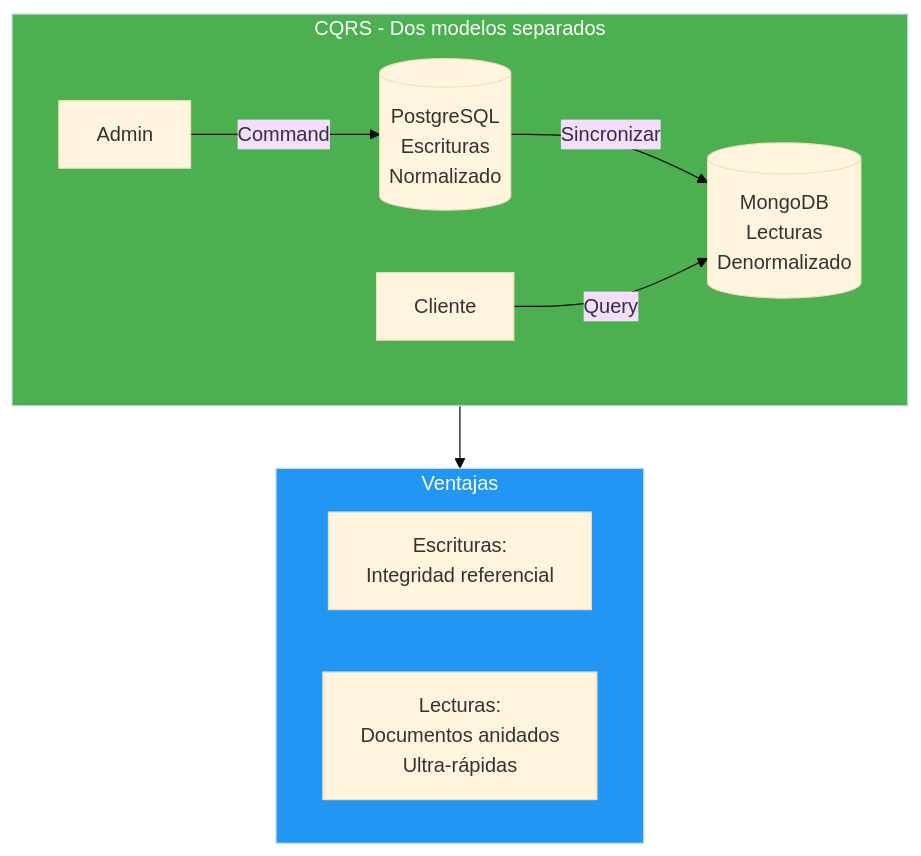
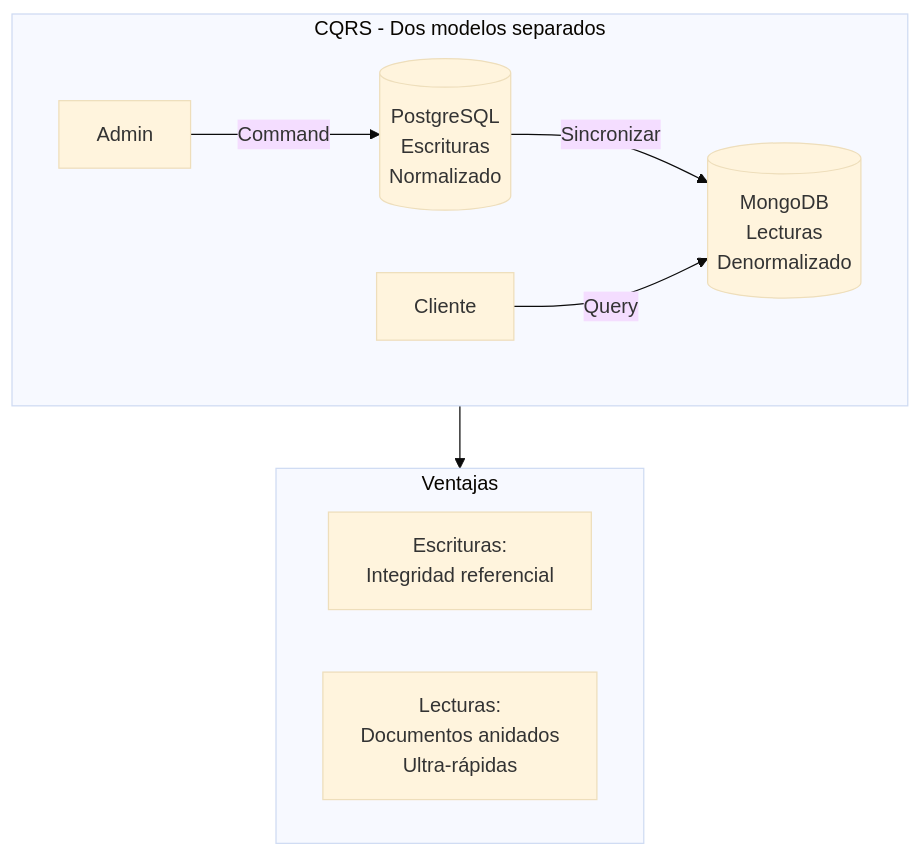
The fourth of 24 diagrams in 30-cqrs-mediator.md (joseluisgs/DesarrolloWebEntornosServidor-02-2026-2027), drawn with Mermaid (base theme) before and after one commit. The commit also changed other lines of this file and 4 other files, not shown here.

Commit message:
docs: quitar el relleno a los subgraf de los diagramas de los temas 01, 10, 11, 19 y 30

````diff
--- a/30-cqrs-mediator.md
+++ b/30-cqrs-mediator.md
@@ -264,18 +262,16 @@
 ```mermaid
 flowchart TD
     subgraph CQRS["CQRS - Dos modelos separados"]
         A[Admin] -->|Command| B[(PostgreSQL\nEscrituras\nNormalizado)]
         B -->|Sincronizar| C[(MongoDB\nLecturas\nDenormalizado)]
         D[Cliente] -->|Query| C
     end
 
     subgraph VENTAJAS["Ventajas"]
         V1["Escrituras:\nIntegridad referencial"]
         V2["Lecturas:\nDocumentos anidados\nUltra-rápidas"]
     end
 
     CQRS --> VENTAJAS
 
-    style CQRS fill:#4CAF50,color:#fff
-    style VENTAJAS fill:#2196F3,color:#fff
 ```
````
